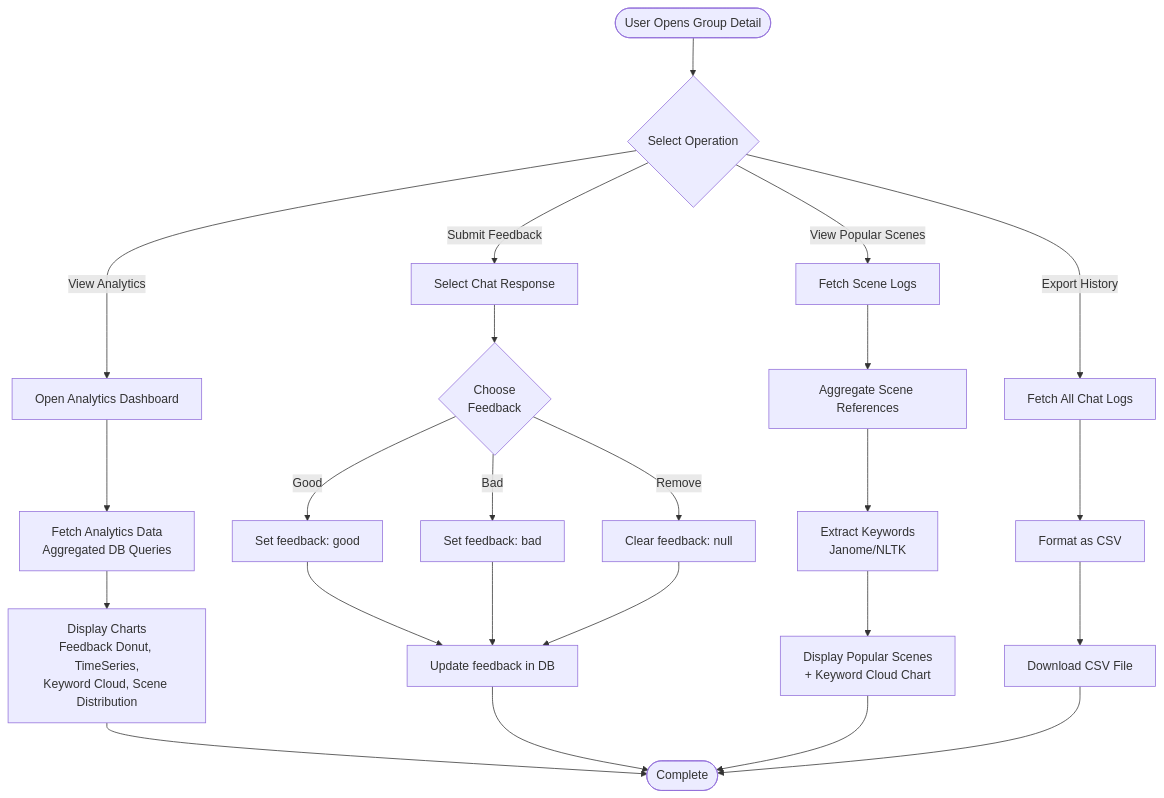
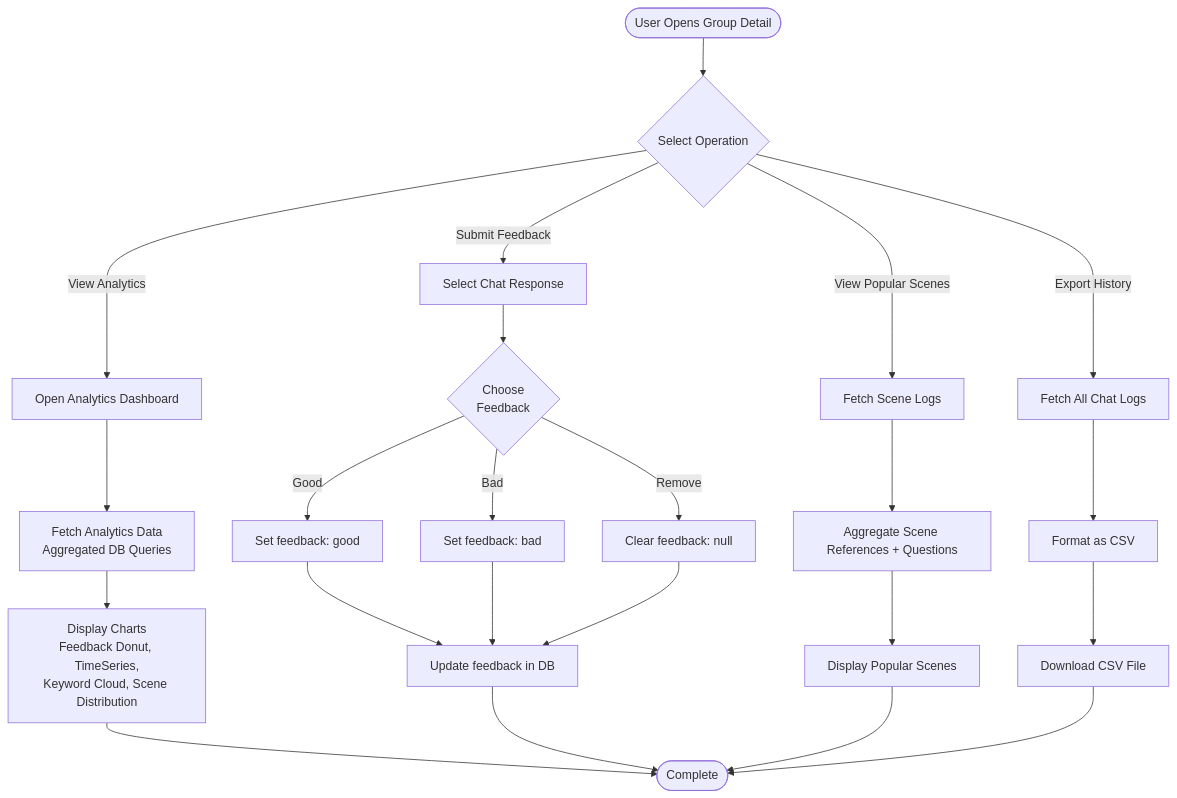
Before and after one commit to yukiharada1228/videoq: the eighth of 8 diagrams in docs/requirements/activity-diagram.md, drawn with Mermaid. The commit also changed other lines of this file and 9 other files, not shown here.

Commit message:
docs: sync diagrams with current implementation

````diff
--- a/docs/requirements/activity-diagram.md
+++ b/docs/requirements/activity-diagram.md
@@ -212,30 +209,29 @@
 ```mermaid
 flowchart TD
     Start([User Opens Group Detail]) --> SelectAction{Select Operation}
 
     SelectAction -->|View Analytics| OpenDashboard[Open Analytics Dashboard]
     OpenDashboard --> FetchAnalytics[Fetch Analytics Data<br/>Aggregated DB Queries]
     FetchAnalytics --> DisplayCharts[Display Charts<br/>Feedback Donut, TimeSeries,<br/>Keyword Cloud, Scene Distribution]
     DisplayCharts --> End([Complete])
 
     SelectAction -->|Submit Feedback| SelectResponse[Select Chat Response]
     SelectResponse --> ChooseFeedback{"Choose<br>Feedback"}
     ChooseFeedback -->|Good| SetGood[Set feedback: good]
     ChooseFeedback -->|Bad| SetBad[Set feedback: bad]
     ChooseFeedback -->|Remove| ClearFeedback[Clear feedback: null]
     SetGood --> SaveFeedback[Update feedback in DB]
     SetBad --> SaveFeedback
     ClearFeedback --> SaveFeedback
     SaveFeedback --> End
 
     SelectAction -->|View Popular Scenes| FetchScenes[Fetch Scene Logs]
-    FetchScenes --> AggregateScenes[Aggregate Scene References]
-    AggregateScenes --> ExtractKeywords[Extract Keywords<br/>Janome/NLTK]
-    ExtractKeywords --> DisplayPopular[Display Popular Scenes<br/>+ Keyword Cloud Chart]
+    FetchScenes --> AggregateScenes[Aggregate Scene References + Questions]
+    AggregateScenes --> DisplayPopular[Display Popular Scenes]
     DisplayPopular --> End
 
     SelectAction -->|Export History| FetchAllLogs[Fetch All Chat Logs]
     FetchAllLogs --> FormatCSV[Format as CSV]
     FormatCSV --> DownloadCSV[Download CSV File]
     DownloadCSV --> End
 ```
````
